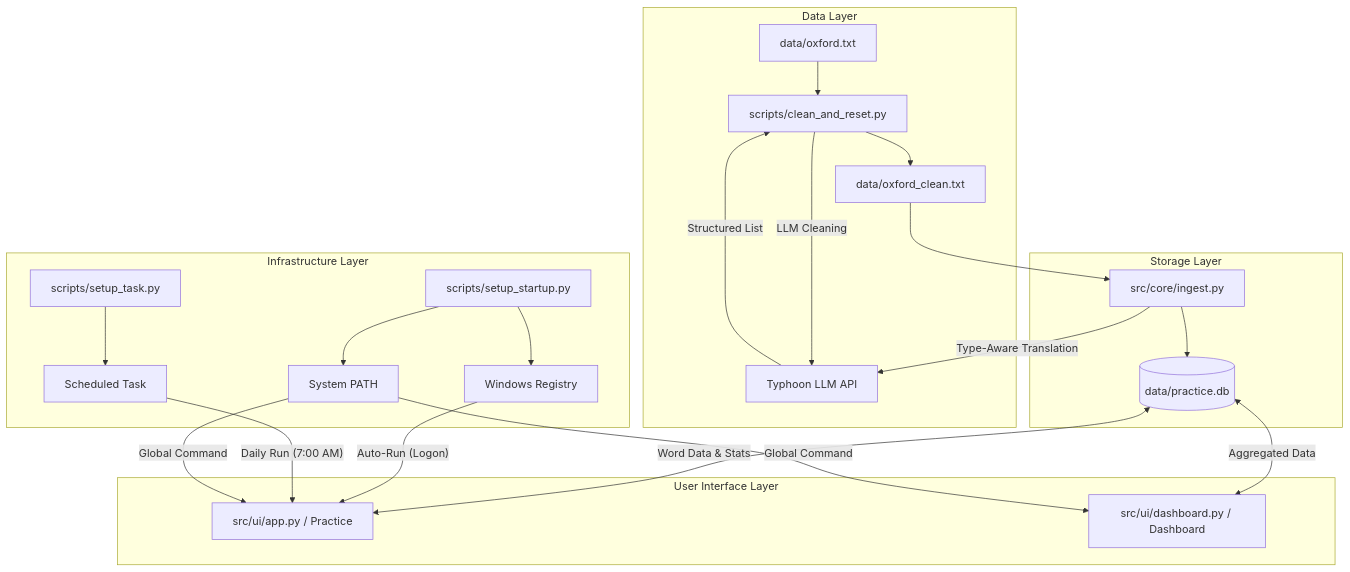
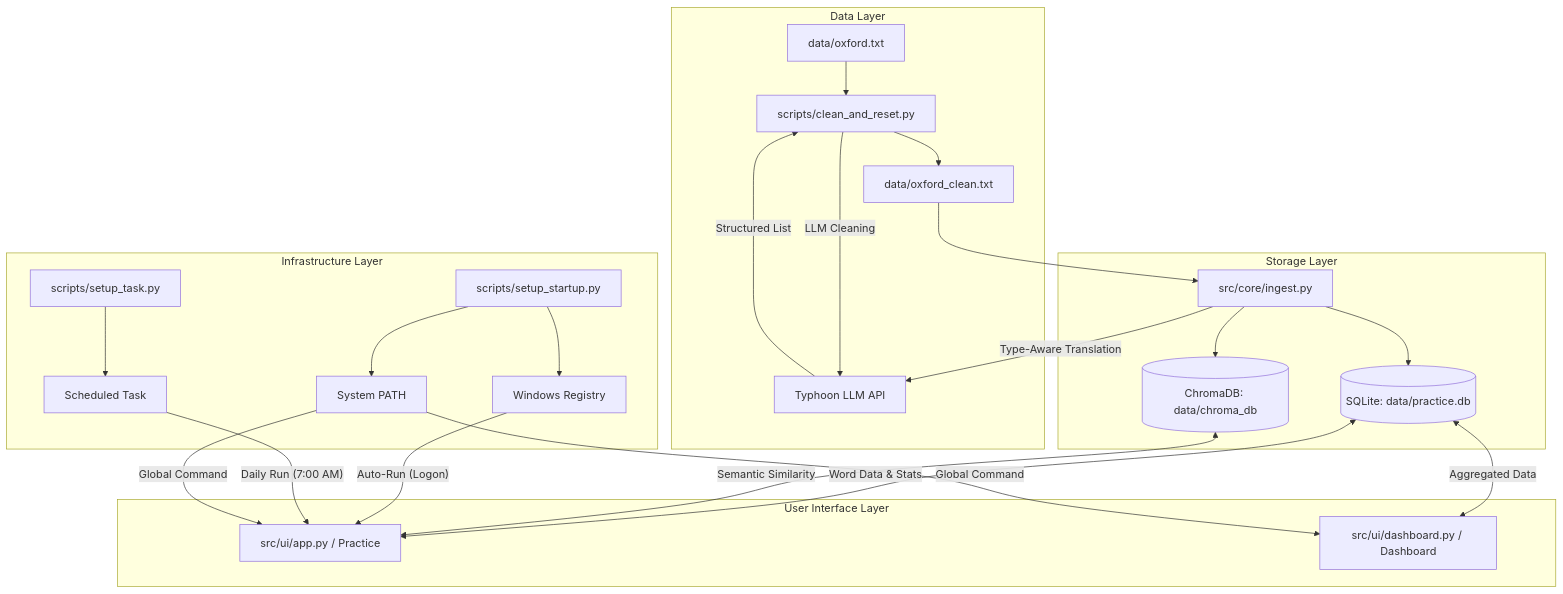
The diagram in README.md (PhoengZ/practice-english-application), drawn with Mermaid before and after one commit. The commit also changed other lines of this file and 1 other file, not shown here.

````diff
--- a/README.md
+++ b/README.md
@@ -17,30 +17,32 @@
 ```mermaid
 graph TD
     subgraph "Data Layer"
         RAW[data/oxford.txt] --> CLEANER[scripts/clean_and_reset.py]
         CLEANER -- "LLM Cleaning" --> TYPHOON[Typhoon LLM API]
         TYPHOON -- "Structured List" --> CLEANER
         CLEANER --> CLEAN[data/oxford_clean.txt]
     end
 
     subgraph "Storage Layer"
         CLEAN --> INGEST[src/core/ingest.py]
         INGEST -- "Type-Aware Translation" --> TYPHOON
-        INGEST --> DB[(data/practice.db)]
+        INGEST --> DB[(SQLite: data/practice.db)]
+        INGEST --> VDB[(ChromaDB: data/chroma_db)]
     end
 
     subgraph "User Interface Layer"
         DB <--> |"Word Data & Stats"| APP[src/ui/app.py / Practice]
+        VDB <--> |"Semantic Similarity"| APP
         DB <--> |"Aggregated Data"| DASH[src/ui/dashboard.py / Dashboard]
     end
 
     subgraph "Infrastructure Layer"
         SETUP[scripts/setup_startup.py] --> REG[Windows Registry]
         SETUP_TASK[scripts/setup_task.py] --> TASK[Scheduled Task]
         SETUP --> PATH[System PATH]
         REG -- "Auto-Run (Logon)" --> APP
         TASK -- "Daily Run (7:00 AM)" --> APP
         PATH -- "Global Command" --> APP
         PATH -- "Global Command" --> DASH
     end
 ```
````
